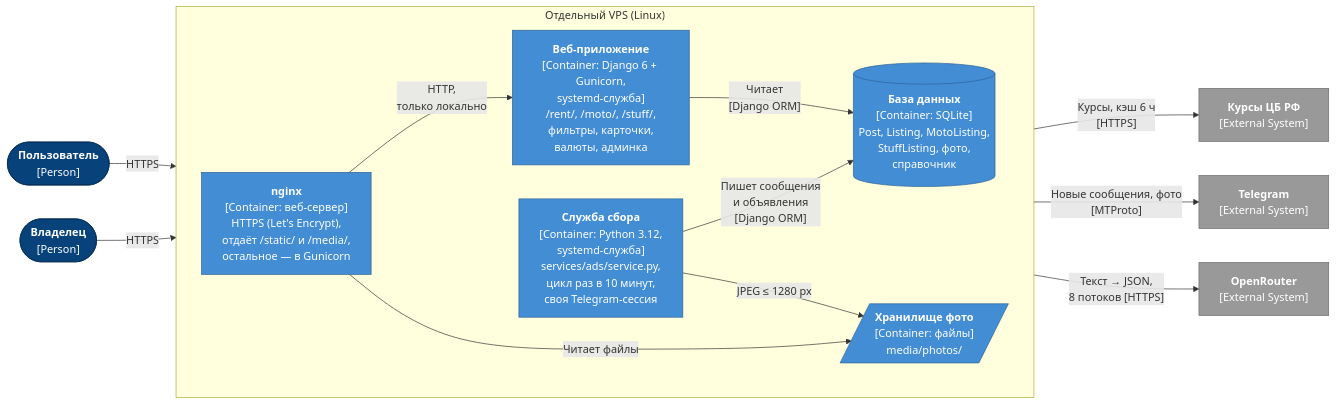
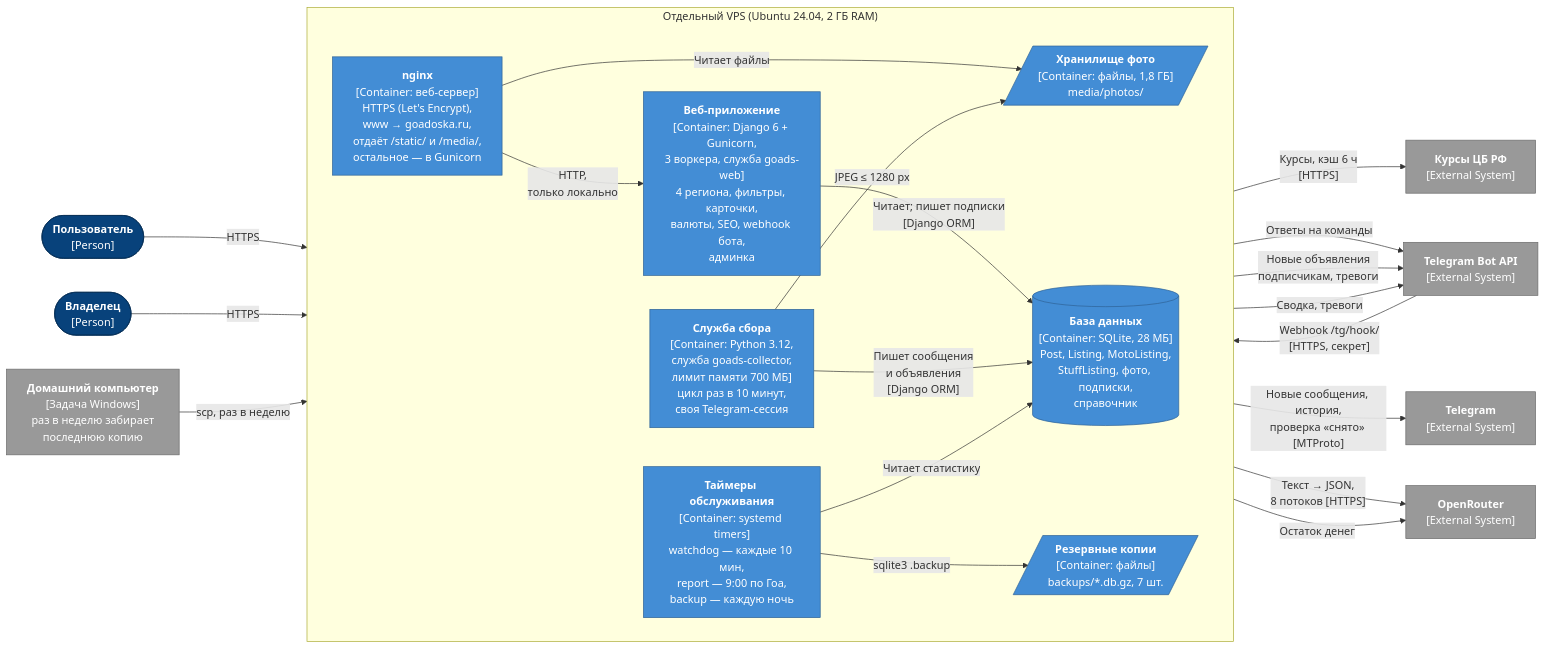
The second of 2 diagrams in docs/02-architecture-c4.md (Demitrofan/Goads), drawn with Mermaid before and after one commit. The commit also changed other lines of this file and 14 other files, not shown here.

````diff
--- a/docs/02-architecture-c4.md
+++ b/docs/02-architecture-c4.md
@@ -44,37 +49,50 @@
 ```mermaid
 flowchart LR
     user(["<b>Пользователь</b><br/>[Person]"])
     admin(["<b>Владелец</b><br/>[Person]"])
 
-    subgraph vps["Отдельный VPS (Linux)"]
+    subgraph vps["Отдельный VPS (Ubuntu 24.04, 2 ГБ RAM)"]
         direction LR
-        nginx["<b>nginx</b><br/>[Container: веб-сервер]<br/>HTTPS (Let's Encrypt),<br/>отдаёт /static/ и /media/,<br/>остальное — в Gunicorn"]
-        web["<b>Веб-приложение</b><br/>[Container: Django 6 + Gunicorn,<br/>systemd-служба]<br/>/rent/, /moto/, /stuff/,<br/>фильтры, карточки,<br/>валюты, админка"]
-        db[("<b>База данных</b><br/>[Container: SQLite]<br/>Post, Listing, MotoListing,<br/>StuffListing, фото,<br/>справочник")]
-        media[/"<b>Хранилище фото</b><br/>[Container: файлы]<br/>media/photos/"/]
-        collector["<b>Служба сбора</b><br/>[Container: Python 3.12,<br/>systemd-служба]<br/>services/ads/service.py,<br/>цикл раз в 10 минут,<br/>своя Telegram-сессия"]
+        nginx["<b>nginx</b><br/>[Container: веб-сервер]<br/>HTTPS (Let's Encrypt),<br/>www → goadoska.ru,<br/>отдаёт /static/ и /media/,<br/>остальное — в Gunicorn"]
+        web["<b>Веб-приложение</b><br/>[Container: Django 6 + Gunicorn,<br/>3 воркера, служба goads-web]<br/>4 региона, фильтры, карточки,<br/>валюты, SEO, webhook бота,<br/>админка"]
+        db[("<b>База данных</b><br/>[Container: SQLite, 28 МБ]<br/>Post, Listing, MotoListing,<br/>StuffListing, фото, подписки,<br/>справочник")]
+        media[/"<b>Хранилище фото</b><br/>[Container: файлы, 1,8 ГБ]<br/>media/photos/"/]
+        collector["<b>Служба сбора</b><br/>[Container: Python 3.12,<br/>служба goads-collector,<br/>лимит памяти 700 МБ]<br/>цикл раз в 10 минут,<br/>своя Telegram-сессия"]
+        timers["<b>Таймеры обслуживания</b><br/>[Container: systemd timers]<br/>watchdog — каждые 10 мин,<br/>report — 9:00 по Гоа,<br/>backup — каждую ночь"]
+        backups[/"<b>Резервные копии</b><br/>[Container: файлы]<br/>backups/*.db.gz, 7 шт."/]
     end
 
+    home["<b>Домашний компьютер</b><br/>[Задача Windows]<br/>раз в неделю забирает<br/>последнюю копию"]
     cbr["<b>Курсы ЦБ РФ</b><br/>[External System]"]
     tg["<b>Telegram</b><br/>[External System]"]
+    bot["<b>Telegram Bot API</b><br/>[External System]"]
     llm["<b>OpenRouter</b><br/>[External System]"]
 
     user -->|"HTTPS"| nginx
     admin -->|"HTTPS"| nginx
     nginx -->|"HTTP,<br/>только локально"| web
     nginx -->|"Читает файлы"| media
-    web -->|"Читает<br/>[Django ORM]"| db
+    web -->|"Читает; пишет подписки<br/>[Django ORM]"| db
     web -->|"Курсы, кэш 6 ч<br/>[HTTPS]"| cbr
+    bot -->|"Webhook /tg/hook/<br/>[HTTPS, секрет]"| nginx
+    web -->|"Ответы на команды"| bot
 
     collector -->|"Пишет сообщения<br/>и объявления<br/>[Django ORM]"| db
     collector -->|"JPEG ≤ 1280 px"| media
-    collector -->|"Новые сообщения, фото<br/>[MTProto]"| tg
+    collector -->|"Новые сообщения, история,<br/>проверка «снято» [MTProto]"| tg
     collector -->|"Текст → JSON,<br/>8 потоков [HTTPS]"| llm
+    collector -->|"Новые объявления<br/>подписчикам, тревоги"| bot
+
+    timers -->|"Читает статистику"| db
+    timers -->|"Остаток денег"| llm
+    timers -->|"Сводка, тревоги"| bot
+    timers -->|"sqlite3 .backup"| backups
+    home -->|"scp, раз в неделю"| backups
 
     classDef person fill:#08427b,stroke:#052e56,color:#fff
     classDef container fill:#438dd5,stroke:#2e6295,color:#fff
     classDef external fill:#999,stroke:#6b6b6b,color:#fff
     class user,admin person
-    class nginx,web,collector,db,media container
-    class tg,llm,cbr external
+    class nginx,web,collector,db,media,timers,backups container
+    class tg,bot,llm,cbr,home external
 ```
````
